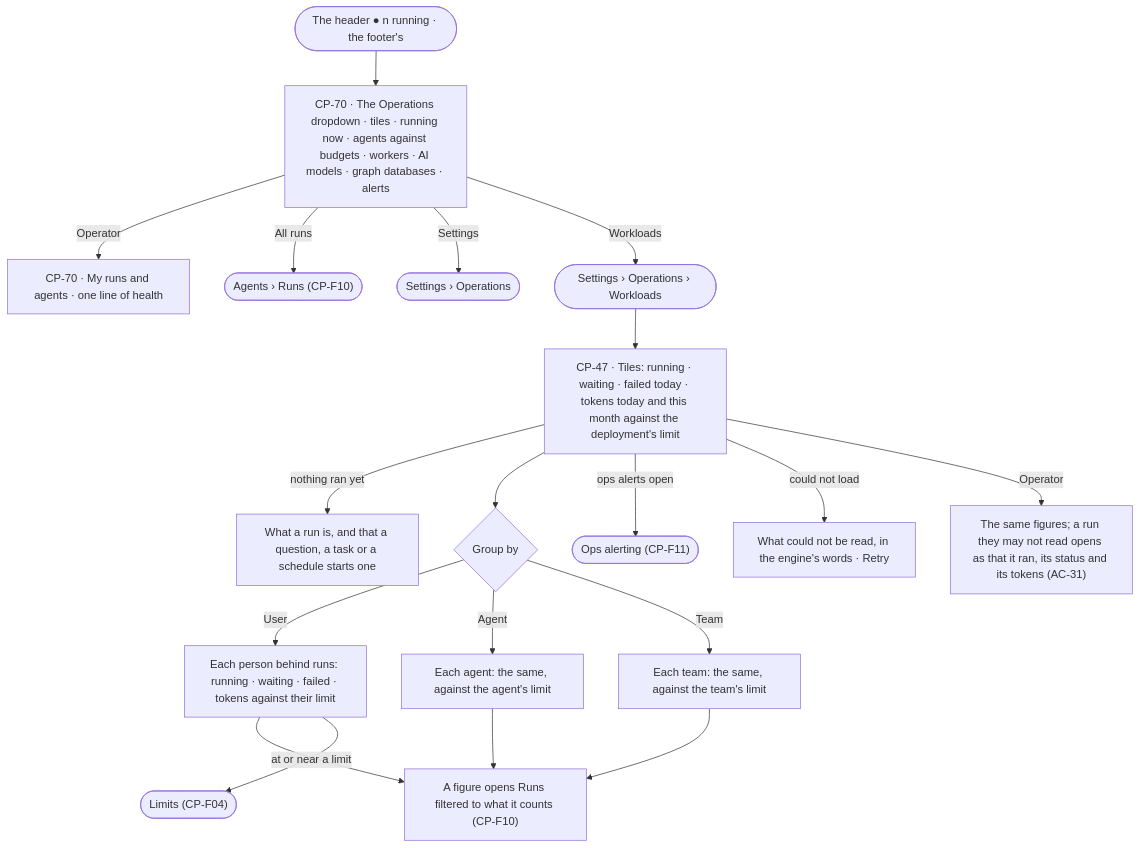
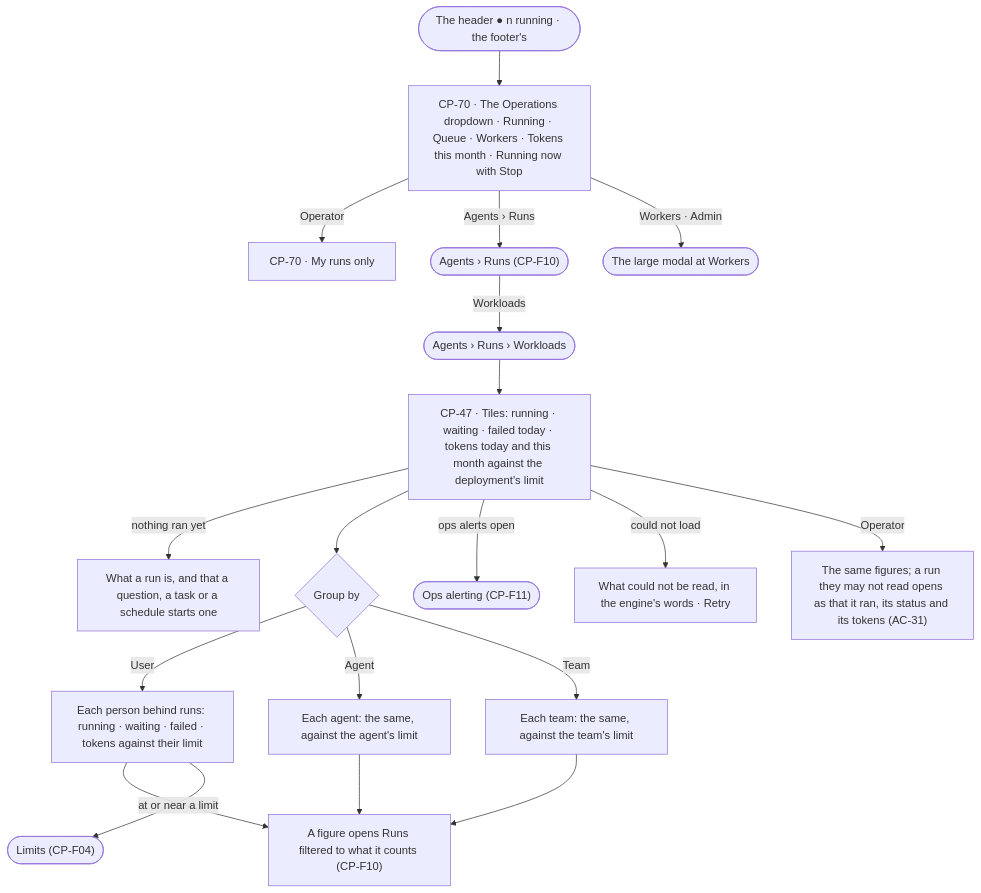
Before and after one commit to invana/invana: the diagram in specs/os/control/features/CP-F09-overview/feature.md, drawn with Mermaid. The commit also changed other lines of this file and 133 other files, not shown here.

First line of the commit message:
docs(specs): flat labelled nav, one large modal, slim header dropdowns

````diff
--- a/specs/os/control/features/CP-F09-overview/feature.md
+++ b/specs/os/control/features/CP-F09-overview/feature.md
@@ -26,21 +26,21 @@
 ```mermaid
 flowchart TD
-  h([The header ● n running · the footer's]) --> od["CP-70 · The Operations dropdown · tiles · running now · agents against budgets · workers · AI models · graph databases · alerts"]
-  od -->|Operator| odo["CP-70 · My runs and agents · one line of health"]
-  od -->|All runs| runs(["Agents › Runs (CP-F10)"])
-  od -->|Settings| set(["Settings › Operations"])
-  od -->|Workloads| s
-  s([Settings › Operations › Workloads]) --> o["CP-47 · Tiles: running · waiting · failed today · tokens today and this month against the deployment's limit"]
+  h([The header ● n running · the footer's]) --> od["CP-70 · The Operations dropdown · Running · Queue · Workers · Tokens this month · Running now with Stop"]
+  od -->|Operator| odo["CP-70 · My runs only"]
+  od -->|Agents › Runs| runs(["Agents › Runs (CP-F10)"])
+  od -->|Workers · Admin| set(["The large modal at Workers"])
+  runs -->|Workloads| s
+  s([Agents › Runs › Workloads]) --> o["CP-47 · Tiles: running · waiting · failed today · tokens today and this month against the deployment's limit"]
   o -->|nothing ran yet| e["What a run is, and that a question, a task or a schedule starts one"]
   o --> g{"Group by"}
   g -->|User| u["Each person behind runs: running · waiting · failed · tokens against their limit"]
   g -->|Agent| a["Each agent: the same, against the agent's limit"]
   g -->|Team| t["Each team: the same, against the team's limit"]
   u --> f["A figure opens Runs filtered to what it counts (CP-F10)"]
   a --> f
   t --> f
   o -->|ops alerts open| al(["Ops alerting (CP-F11)"])
   u -->|at or near a limit| lim(["Limits (CP-F04)"])
   o -->|could not load| fl["What could not be read, in the engine's words · Retry"]
   o -->|Operator| op["The same figures; a run they may not read opens as that it ran, its status and its tokens (AC-31)"]
 ```
````
